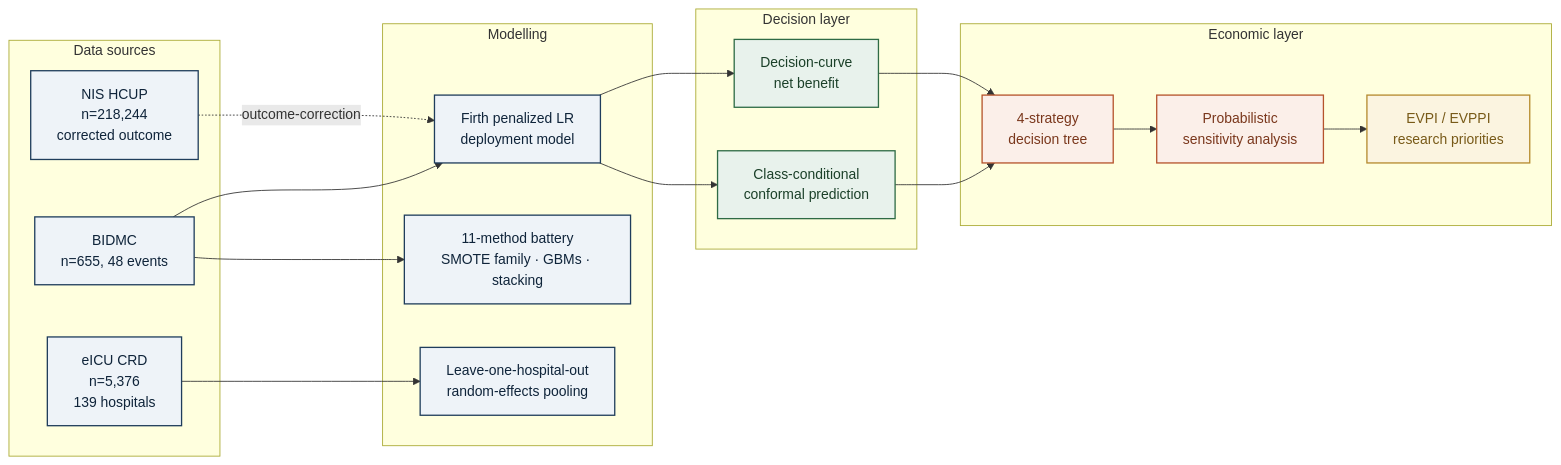
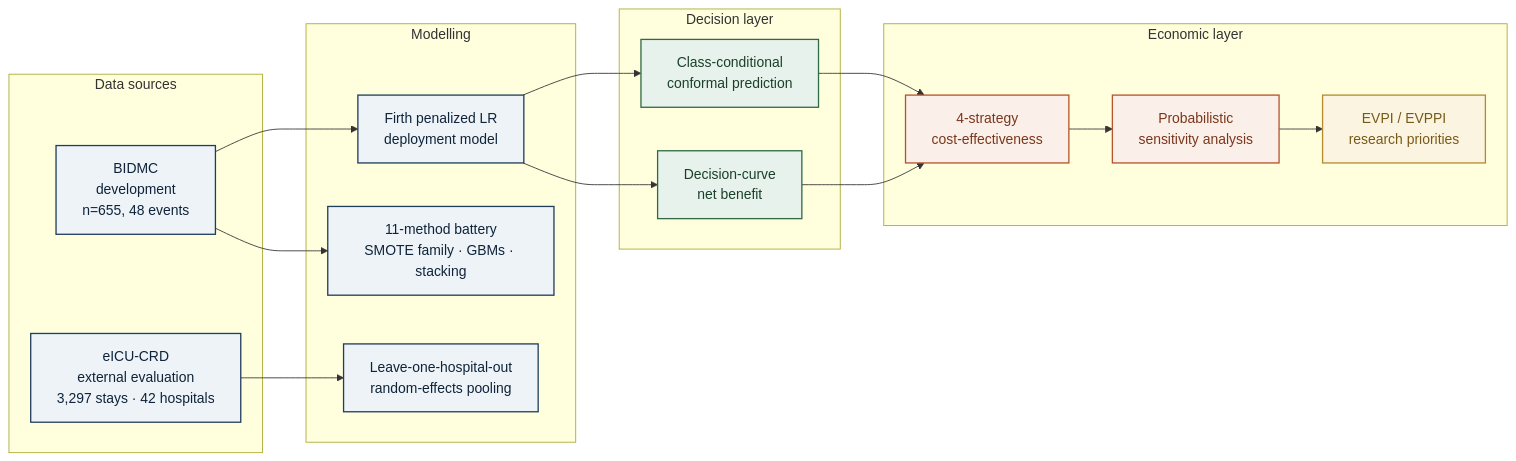
One commit to nielspac177/csdh-postop-seizure-risk changed the diagram in README.md. Above: the diagram before and after it, drawn with Mermaid. The commit also changed other lines of this file and 1 other file, not shown here.

Commit message:
Docs: align README/index with two-database design, drop stale script counts

````diff
--- a/README.md
+++ b/README.md
@@ -19,41 +21,39 @@
 ```mermaid
 flowchart LR
   subgraph A[Data sources]
-    A1[BIDMC<br/>n=655, 48 events]
-    A2[eICU CRD<br/>n=5,376<br/>139 hospitals]
-    A3[NIS HCUP<br/>n=218,244<br/>corrected outcome]
+    A1[BIDMC<br/>development<br/>n=655, 48 events]
+    A2[eICU-CRD<br/>external evaluation<br/>3,297 stays · 42 hospitals]
   end
   subgraph B[Modelling]
     B1[Firth penalized LR<br/>deployment model]
     B2[11-method battery<br/>SMOTE family · GBMs · stacking]
     B3[Leave-one-hospital-out<br/>random-effects pooling]
   end
   subgraph C[Decision layer]
     C1[Class-conditional<br/>conformal prediction]
     C2[Decision-curve<br/>net benefit]
   end
   subgraph D[Economic layer]
-    D1[4-strategy<br/>decision tree]
+    D1[4-strategy<br/>cost-effectiveness]
     D2[Probabilistic<br/>sensitivity analysis]
     D3[EVPI / EVPPI<br/>research priorities]
   end
   A1 --> B1
   A1 --> B2
   A2 --> B3
-  A3 -.outcome-correction.-> B1
   B1 --> C1
   B1 --> C2
   C1 --> D1
   C2 --> D1
   D1 --> D2 --> D3
 
   classDef navy fill:#EEF3F8,stroke:#1F3D5C,stroke-width:1.5px,color:#0F243A;
   classDef forest fill:#E8F2EC,stroke:#2E6B45,stroke-width:1.5px,color:#1B4029;
   classDef rust fill:#FBEFE9,stroke:#B5532C,stroke-width:1.5px,color:#7A371C;
   classDef ochre fill:#FBF4E0,stroke:#B58A2E,stroke-width:1.5px,color:#785A18;
-  class A1,A2,A3 navy;
+  class A1,A2 navy;
   class B1,B2,B3 navy;
   class C1,C2 forest;
   class D1,D2 rust;
   class D3 ochre;
 ```
````
